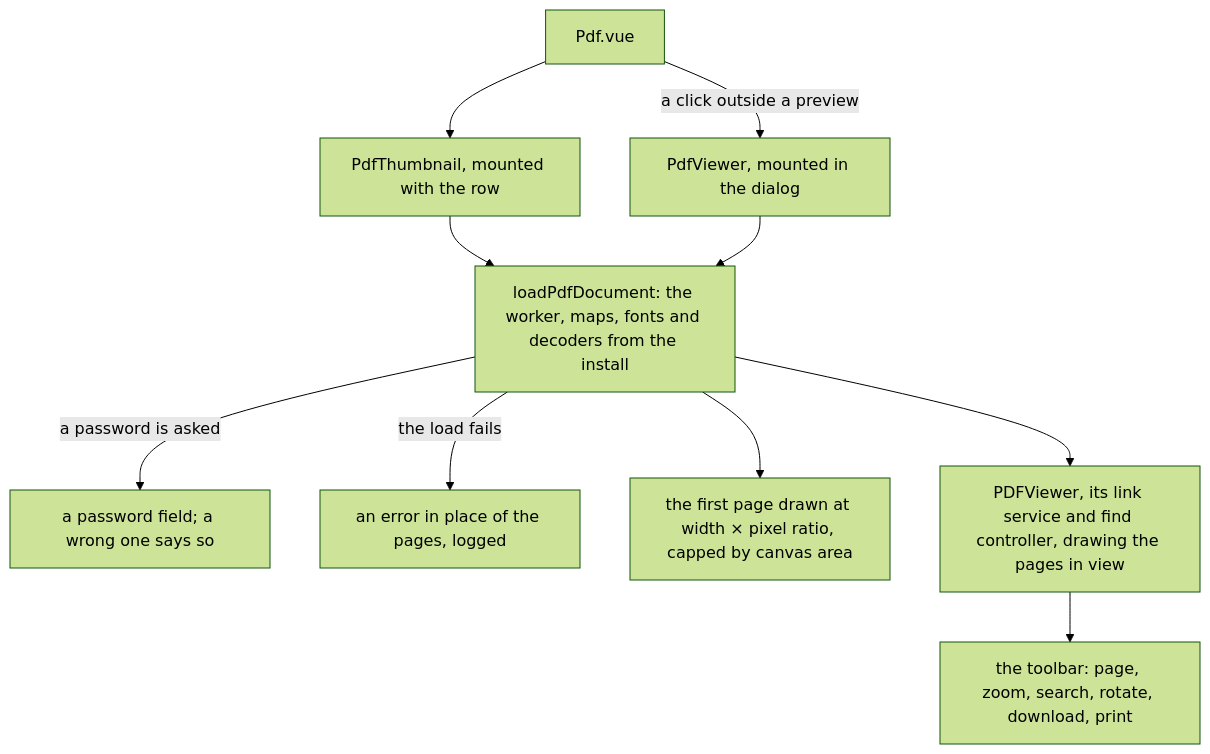
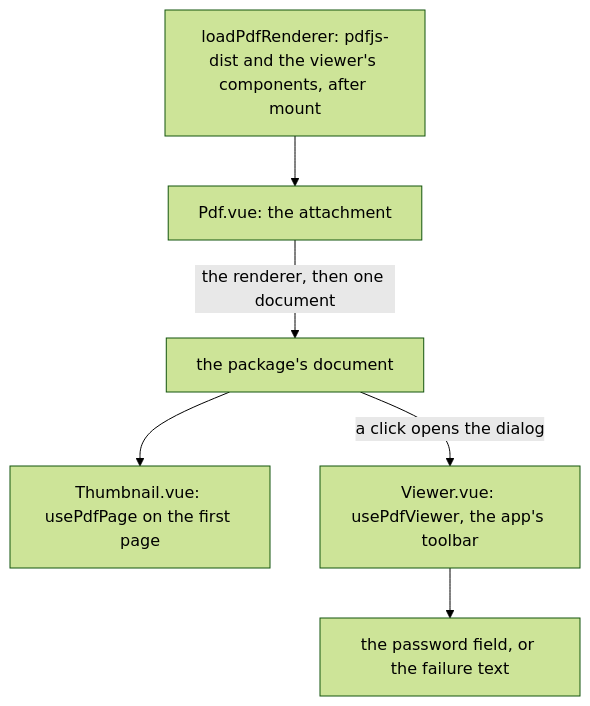
One commit to Esposter/Esposter changed the diagram in openspec/specs/architecture/pdf-viewer/design.md. Above: the diagram before and after it, drawn with Mermaid (forest theme). The commit also changed other lines of this file and 11 other files, not shown here.

First line of the commit message:
docs(openspec): the PDF viewer's package is specified as built, and its Upstream moves to the package's own page

````diff
--- a/openspec/specs/architecture/pdf-viewer/design.md
+++ b/openspec/specs/architecture/pdf-viewer/design.md
@@ -13,12 +13,8 @@
 ```mermaid
 flowchart TD
-  P["Pdf.vue"] --> T["PdfThumbnail, mounted with the row"]
-  P -->|"a click outside a preview"| V["PdfViewer, mounted in the dialog"]
-  T --> L["loadPdfDocument: the worker, maps, fonts and decoders from the install"]
-  V --> L
-  L -->|"a password is asked"| W["a password field; a wrong one says so"]
-  L -->|"the load fails"| E["an error in place of the pages, logged"]
-  L --> T2["the first page drawn at width × pixel ratio, capped by canvas area"]
-  L --> V2["PDFViewer, its link service and find controller, drawing the pages in view"]
-  V2 --> B["the toolbar: page, zoom, search, rotate, download, print"]
+  loader["loadPdfRenderer: pdfjs-dist and the viewer's components, after mount"] --> attachment["Pdf.vue: the attachment"]
+  attachment -->|"the renderer, then one document"| document["the package's document"]
+  document --> thumbnail["Thumbnail.vue: usePdfPage on the first page"]
+  document -->|"a click opens the dialog"| viewer["Viewer.vue: usePdfViewer, the app's toolbar"]
+  viewer --> prompt["the password field, or the failure text"]
 ```
````
